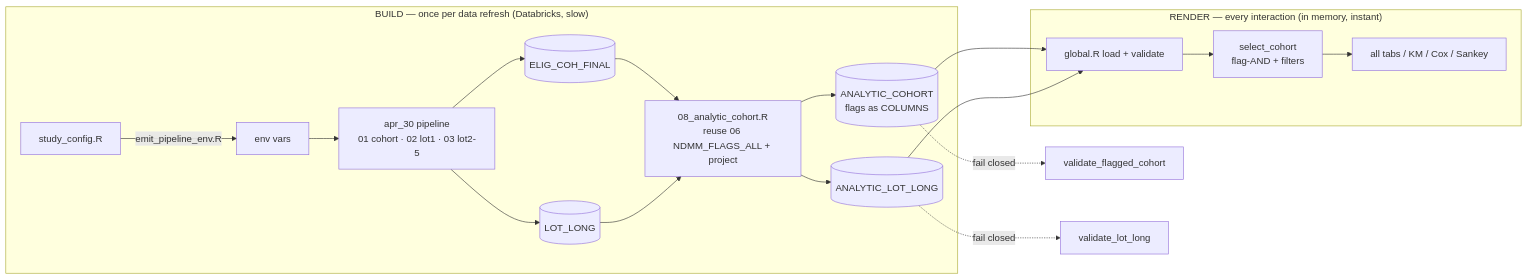
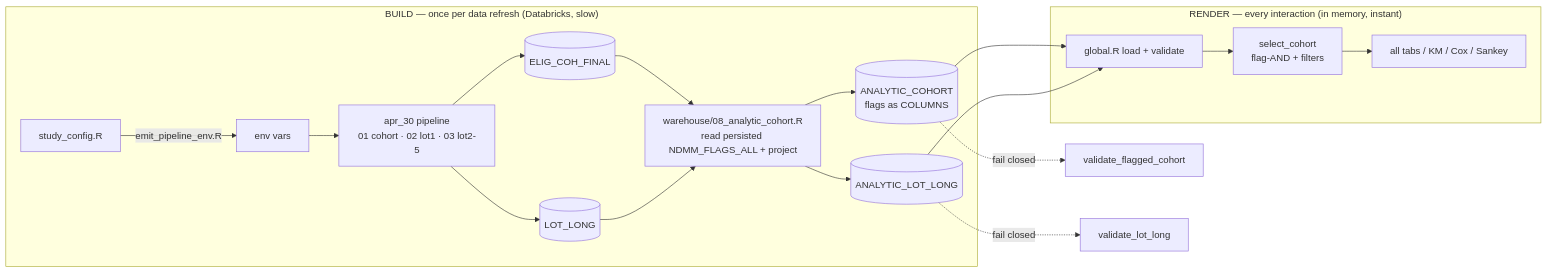
One commit to salzburry/julialot changed the diagram in cohort_explorer/DASHBOARD_SCHEMATIC.md. Above: the diagram before and after it, drawn with Mermaid. The commit also changed 5 other files, not shown here.

````diff
--- a/cohort_explorer/DASHBOARD_SCHEMATIC.md
+++ b/cohort_explorer/DASHBOARD_SCHEMATIC.md
@@ -54,21 +54,21 @@
 ```mermaid
 flowchart LR
   subgraph BUILD["BUILD — once per data refresh (Databricks, slow)"]
     SC[study_config.R] -->|emit_pipeline_env.R| ENV[env vars]
     ENV --> P[apr_30 pipeline<br/>01 cohort · 02 lot1 · 03 lot2-5]
     P --> EF[(ELIG_COH_FINAL)]
     P --> LL[(LOT_LONG)]
-    EF --> A8[08_analytic_cohort.R<br/>reuse 06 NDMM_FLAGS_ALL + project]
+    EF --> A8[warehouse/08_analytic_cohort.R<br/>read persisted NDMM_FLAGS_ALL + project]
     LL --> A8
     A8 --> AC[(ANALYTIC_COHORT<br/>flags as COLUMNS)]
     A8 --> ALL[(ANALYTIC_LOT_LONG)]
   end
   subgraph RENDER["RENDER — every interaction (in memory, instant)"]
     AC --> G[global.R load + validate]
     ALL --> G
     G --> SEL[select_cohort<br/>flag-AND + filters]
     SEL --> TABS[all tabs / KM / Cox / Sankey]
   end
   AC -. fail closed .-> V[validate_flagged_cohort]
   ALL -. fail closed .-> V2[validate_lot_long]
 ```
````
